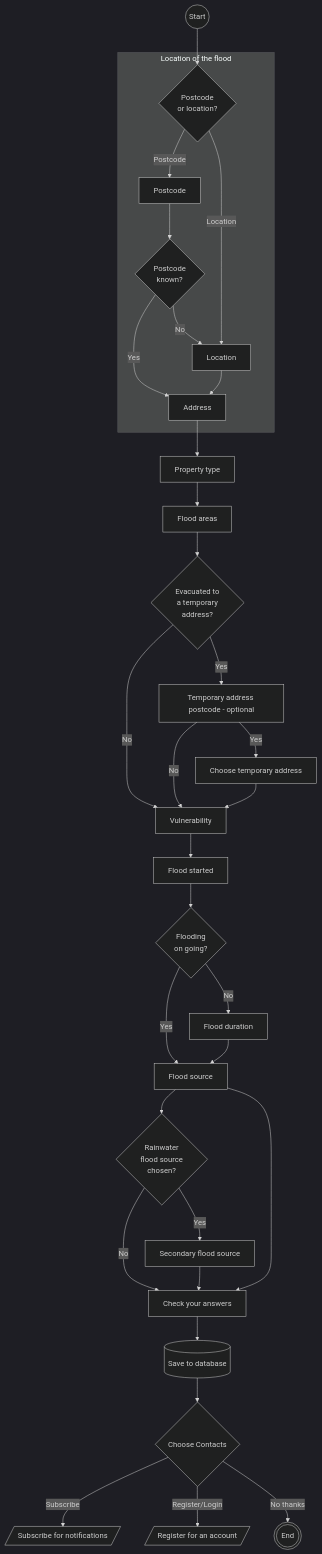
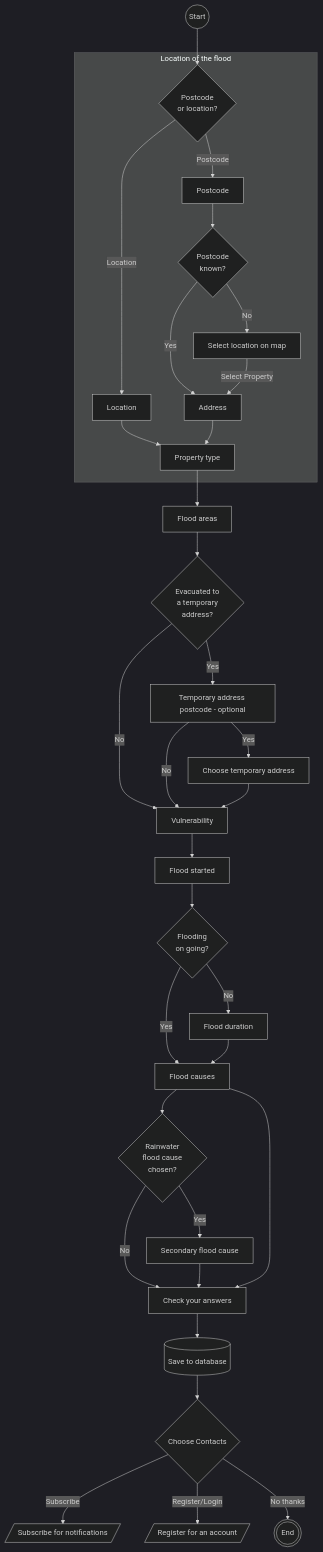
Before and after one commit to Dorset-Council-UK/FloodOnlineReportingTool.Public: the diagram in docs/flows/create_flood_report.md, drawn with Mermaid (dark theme). The commit also changed other lines of this file and 3 other files, not shown here.

Commit message:
Further updates to flows folder

````diff
--- a/docs/flows/create_flood_report.md
+++ b/docs/flows/create_flood_report.md
@@ -3,36 +3,37 @@
 ```mermaid
 flowchart TB
     Index((Start)) --> PostcodeOrLocation{Postcode <br>or location?}
     subgraph FloodLocation[Location of the flood]
     PostcodeOrLocation -- Postcode --> Postcode
     Postcode --> PostcodeKnown{Postcode<br>known?}
     PostcodeKnown -- Yes --> Address
-    PostcodeKnown -- No --> Location
+    PostcodeKnown -- No --> SelectLocation[Select location on map]
+    SelectLocation -- Select Property --> Address
     PostcodeOrLocation -- Location --> Location
-    Location --> Address
+    Location --> PropertyType
+    Address --> PropertyType[Property type]
     end
-    Address --> PropertyType[Property type]
     PropertyType --> FloodAreas[Flood areas]
     FloodAreas --> TemporaryAddress{Evacuated to <br>a temporary <br>address?}
     TemporaryAddress -- Yes --> TempAddress[Temporary address postcode - optional]
     TemporaryAddress -- No --> Vulnerability
     TempAddress -- Yes --> ChooseTempAddress[Choose temporary address]
     TempAddress -- No --> Vulnerability
     ChooseTempAddress --> Vulnerability
     Vulnerability --> FloodStarted[Flood started]
     FloodStarted --> OngoingFlooding{Flooding<br>on going?}
-    OngoingFlooding -- Yes --> FloodSource[Flood source]
+    OngoingFlooding -- Yes --> FloodCause[Flood causes]
     OngoingFlooding -- No --> FloodDuration[Flood duration]
-    FloodDuration --> FloodSource
-    FloodSource --> SecondaryFloodSourceRainwater{Rainwater<br>flood source<br>chosen?}
-    SecondaryFloodSourceRainwater -- Yes --> SecondaryFloodSourceType[Secondary flood source]
-    SecondaryFloodSourceRainwater -- No --> Summary[Check your answers]
-    SecondaryFloodSourceType --> Summary
-    FloodSource --> Summary[Check your answers]
+    FloodDuration --> FloodCause
+    FloodCause --> SecondaryFloodCauseRainwater{Rainwater<br>flood cause<br>chosen?}
+    SecondaryFloodCauseRainwater -- Yes --> SecondaryFloodCauseType[Secondary flood cause]
+    SecondaryFloodCauseRainwater -- No --> Summary[Check your answers]
+    SecondaryFloodCauseType --> Summary
+    FloodCause --> Summary[Check your answers]
     Summary --> Save[(Save to database)]
     Save --> Notifications{Choose Contacts}
     Notifications -- Subscribe --> SubscribeFlow[/Subscribe for notifications/]
     Notifications -- Register/Login --> RegistrationFlow[/Register for an account/]
     Notifications -- No thanks --> Confirmation((( End )))
 
 ```
````
